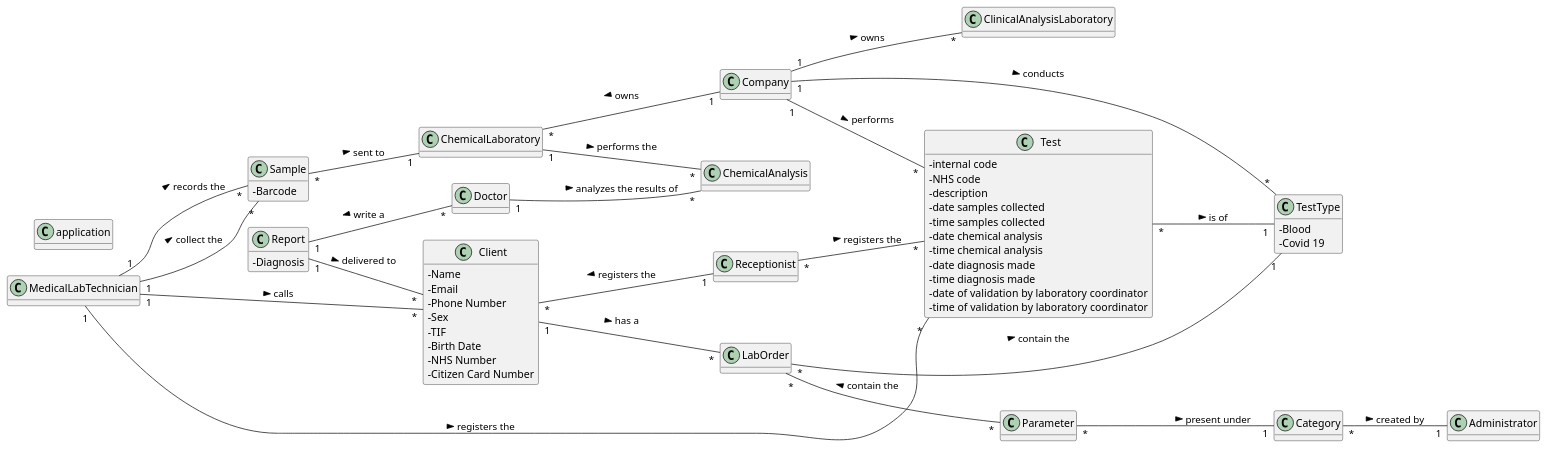
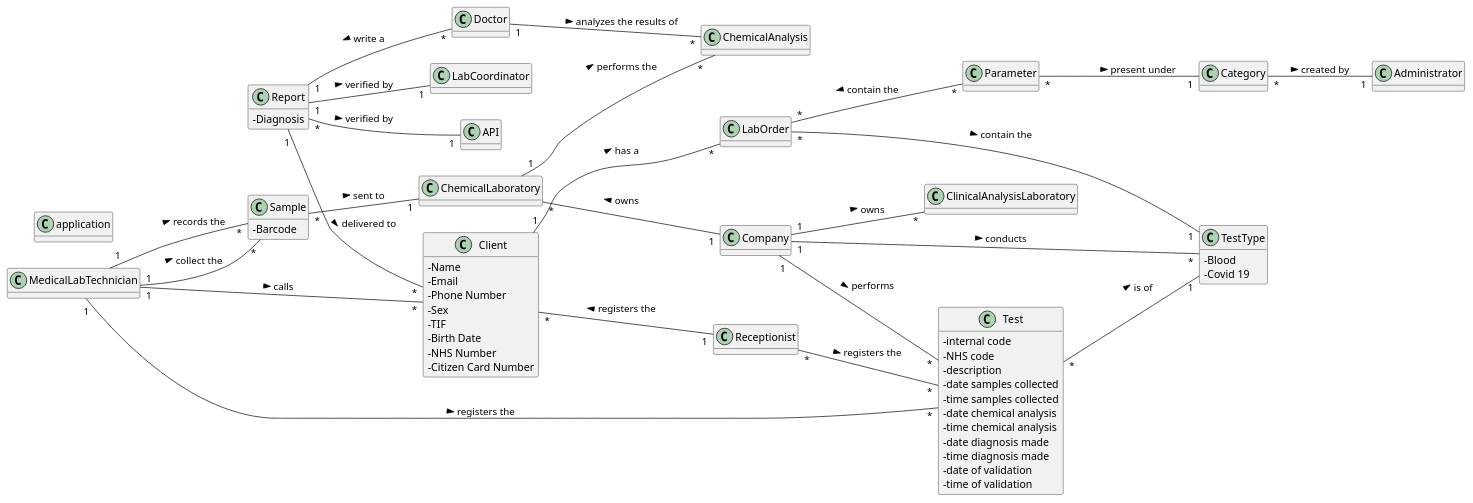
Before and after one commit to manu-07-ela/LAPR2_ISEP: the diagram in docs/SprintA/Artifacts/DM.puml, drawn with PlantUML. The commit also changed 2 other files, not shown here.

```diff
--- a/docs/SprintA/Artifacts/DM.puml
+++ b/docs/SprintA/Artifacts/DM.puml
@@ -1,122 +1,124 @@
 @startuml
 'https://plantuml.com/class-diagram
 
 hide methods
 left to right direction
 skinparam classAttributeIconSize 0
 
 class Receptionist {
 
 }
 
 class Client {
  - Name
  - Email
  - Phone Number
  - Sex
  - TIF
  - Birth Date
  - NHS Number
  - Citizen Card Number
 
 }
 
 class Doctor {
 
 }
 
 class Administrator{
 
 }
-
+class LabCoordinator{
+}
 
 
 class LabOrder {
 
 }
 
 class Category {
 
 }
 
 class TestType {
 - Blood
 - Covid 19
 }
 
 class Sample {
 - Barcode
 }
 
 class Report {
 -Diagnosis
 
 }
 
 class Test {
 - internal code
 - NHS code
 - description
 - date samples collected
 - time samples collected
 - date chemical analysis
 - time chemical analysis
 - date diagnosis made
 - time diagnosis made
-- date of validation by laboratory coordinator
-- time of validation by laboratory coordinator
+- date of validation
+- time of validation
 }
 class Parameter {
 
 
 }
 
 class Company {
 
 }
 
 class ChemicalLaboratory{
 
 }
 
 class MedicalLabTechnician {
 
 }
 
 class ChemicalAnalysis {
 
 }
 
 class ClinicalAnalysisLaboratory{
 
 }
 
 class application{
 
 }
 
 
 Client "*" -- "1" Receptionist: registers the <
 LabOrder "*" -- "1" TestType: contain the >
 Client "1" -- "*" LabOrder: has a >
 Report "1" -- "*" Doctor: write a <
 Receptionist "*" -- "*" Test: registers the >
 Test "*" -- "1" TestType: is of >
 Parameter "*" -- "1" Category: present under >
 Category "*" -- "1" Administrator: created by >
 Company "1" -- "*" Test: performs >
 Sample "*" -- "1" ChemicalLaboratory: sent to >
 Company "1" -- "*" TestType: conducts >
 MedicalLabTechnician "1" -- "*" Client: calls >
 ChemicalLaboratory "1" -- "*" ChemicalAnalysis: performs the >
 MedicalLabTechnician "1" -- "*" Sample: records the >
 Company "1" -- "*" ClinicalAnalysisLaboratory: owns >
 ChemicalLaboratory "*" -- "1" Company: owns <
 LabOrder "*" -- "*" Parameter: contain the <
 MedicalLabTechnician "1" -- "*" Test: registers the >
 MedicalLabTechnician "1" -- "*" Sample: collect the >
 Doctor "1" -- "*" ChemicalAnalysis: analyzes the results of >
 Report "1" -- "*" Client: delivered to >
-
+Report "*" -- "1" API: verified by >
+Report "1" -- "1" LabCoordinator : verified by >
 
 @enduml
```
